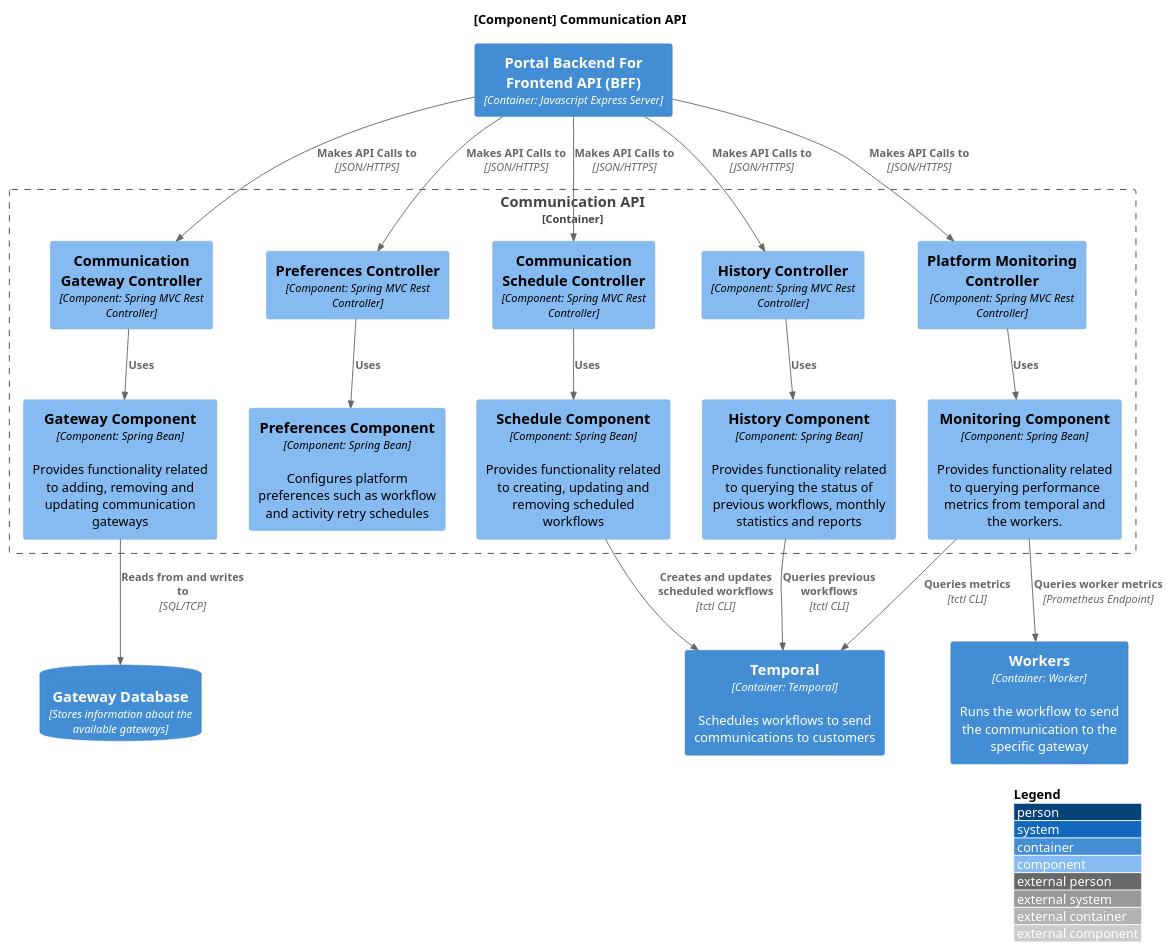
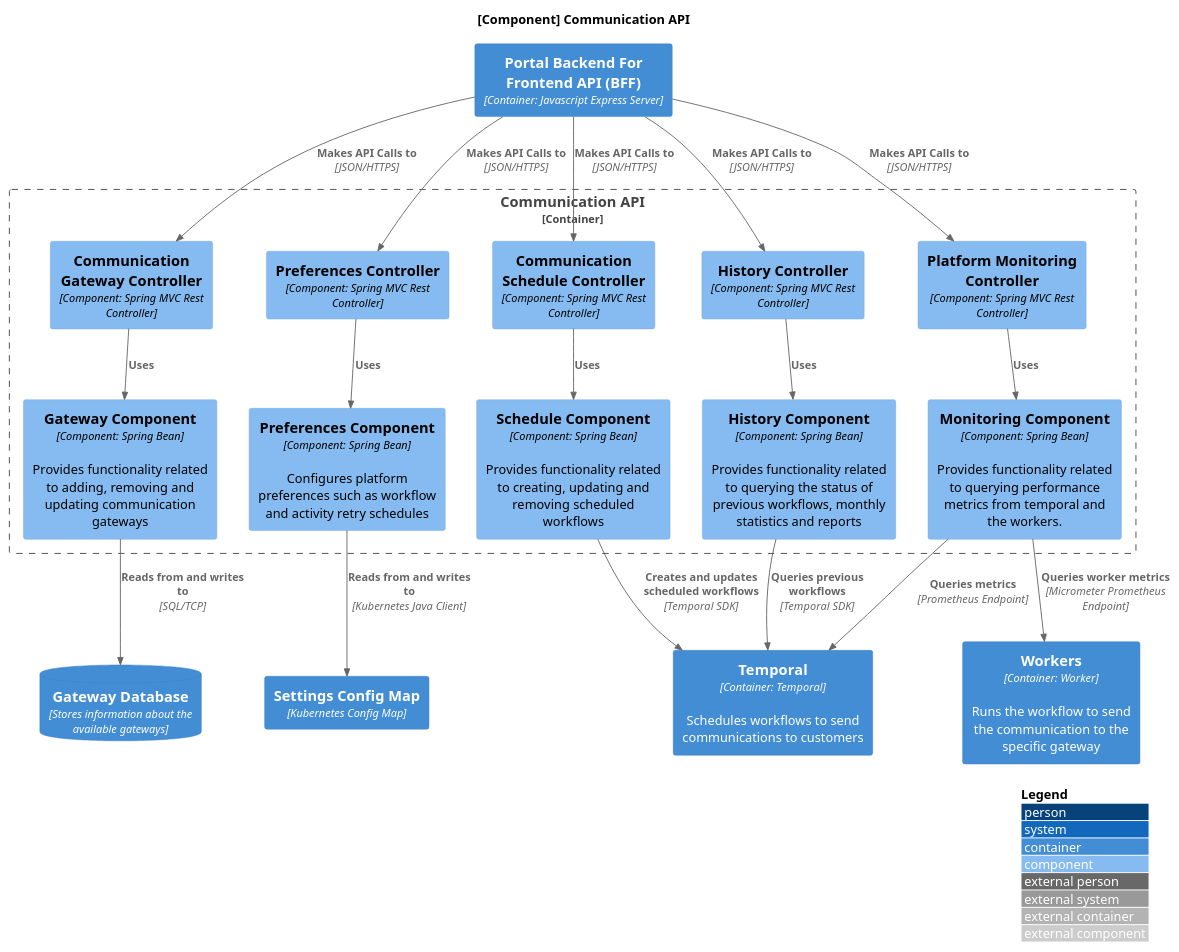
Before and after one commit to CameronWard301/communication_scheduler: the diagram in Designs/System Context/Components/CommunicationAPIComponent.puml, drawn with PlantUML. The commit also changed 23 other files, not shown here.

```diff
--- a/Designs/System Context/Components/CommunicationAPIComponent.puml
+++ b/Designs/System Context/Components/CommunicationAPIComponent.puml
@@ -1,50 +1,52 @@
 @startuml CommunicationAPIComponent
 !include https://raw.githubusercontent.com/plantuml-stdlib/C4-PlantUML/master/C4_Container.puml
 !include https://raw.githubusercontent.com/plantuml-stdlib/C4-PlantUML/master/C4_Component.puml
 
 LAYOUT_WITH_LEGEND()
 
 title [Component] Communication API
 
 Container(webBFF, "Portal Backend For Frontend API (BFF)", "Container: Javascript Express Server")
 ContainerDb(gatewayDB, "Gateway Database", "Stores information about the available gateways")
+Container(settings, "Settings Config Map", "Kubernetes Config Map")
 Container(temporal, "Temporal", "Container: Temporal", "Schedules workflows to send communications to customers")
 Container(workers, "Workers", "Container: Worker", "Runs the workflow to send the communication to the specific gateway")
 
 
 Container_Boundary(component, "Communication API") {
     Component(gatewayController, "Communication Gateway Controller", "Component: Spring MVC Rest Controller")
-    Component(prefecencesController, "Preferences Controller", "Component: Spring MVC Rest Controller")
+    Component(preferencesController, "Preferences Controller", "Component: Spring MVC Rest Controller")
     Component(scheduleController, "Communication Schedule Controller", "Component: Spring MVC Rest Controller")
     Component(historyController, "History Controller", "Component: Spring MVC Rest Controller")
     Component(platformController, "Platform Monitoring Controller", "Component: Spring MVC Rest Controller")
 
     Component(gatewayComponent, "Gateway Component", "Component: Spring Bean", "Provides functionality related to adding, removing and updating communication gateways")
     Component(scheduleComponent, "Schedule Component", "Component: Spring Bean", "Provides functionality related to creating, updating and removing scheduled workflows")
     Component(preferencesComponent, "Preferences Component", "Component: Spring Bean", "Configures platform preferences such as workflow and activity retry schedules")
     Component(historyComponent, "History Component", "Component: Spring Bean", "Provides functionality related to querying the status of previous workflows, monthly statistics and reports")
     Component(monitoringComponent, "Monitoring Component", "Component: Spring Bean", "Provides functionality related to querying performance metrics from temporal and the workers.")
 }
 
 Rel(webBFF, gatewayController, "Makes API Calls to", "JSON/HTTPS")
 Rel(webBFF, scheduleController, "Makes API Calls to", "JSON/HTTPS")
-Rel(webBFF, prefecencesController, "Makes API Calls to", "JSON/HTTPS")
+Rel(webBFF, preferencesController, "Makes API Calls to", "JSON/HTTPS")
 Rel(webBFF, historyController, "Makes API Calls to", "JSON/HTTPS")
 Rel(webBFF, platformController, "Makes API Calls to", "JSON/HTTPS")
 
 Rel(gatewayController, gatewayComponent, "Uses")
 Rel(gatewayComponent, gatewayDB, "Reads from and writes to", "SQL/TCP")
 
 Rel(scheduleController, scheduleComponent, "Uses")
-Rel(scheduleComponent, temporal, "Creates and updates scheduled workflows", "tctl CLI")
+Rel(scheduleComponent, temporal, "Creates and updates scheduled workflows", "Temporal SDK")
 
-Rel(prefecencesController, preferencesComponent, "Uses")
+Rel(preferencesController, preferencesComponent, "Uses")
+Rel(preferencesComponent, settings, "Reads from and writes to", "Kubernetes Java Client")
 
 Rel(historyController, historyComponent, "Uses")
-Rel(historyComponent, temporal, "Queries previous workflows", "tctl CLI")
+Rel(historyComponent, temporal, "Queries previous workflows", "Temporal SDK")
 
 Rel(platformController, monitoringComponent, "Uses")
-Rel(monitoringComponent, temporal, "Queries metrics", "tctl CLI")
-Rel(monitoringComponent, workers, "Queries worker metrics", "Prometheus Endpoint")
+Rel(monitoringComponent, temporal, "Queries metrics", "Prometheus Endpoint")
+Rel(monitoringComponent, workers, "Queries worker metrics", "Micrometer Prometheus Endpoint")
 
 @enduml
```
